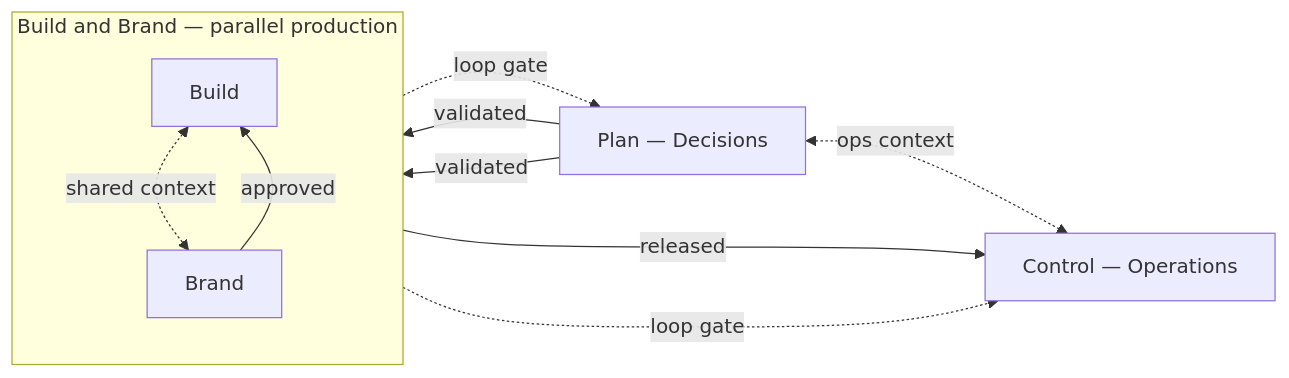
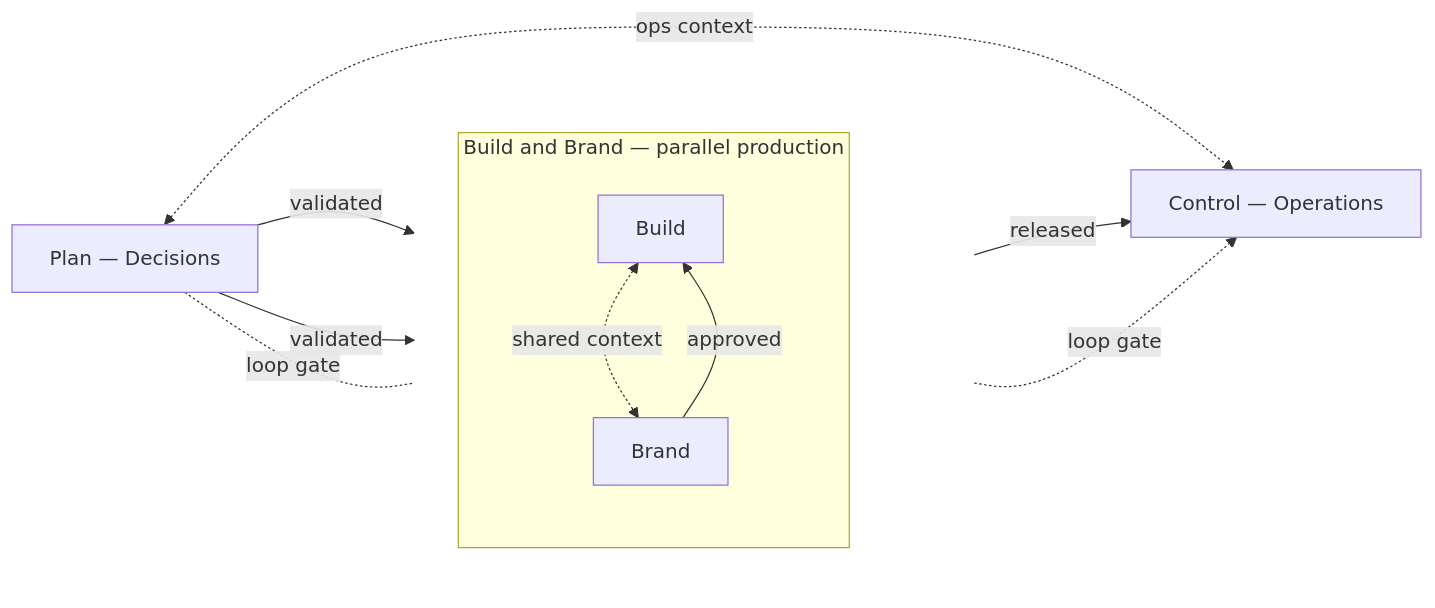
The first of 2 diagrams in docs/architecture.md (luckgrid/wfos), drawn with Mermaid before and after one commit.

Commit message:
Preserve workstream layout with bottom loop gate

````diff
--- a/docs/architecture.md
+++ b/docs/architecture.md
@@ -70,23 +70,34 @@
 ```mermaid
 flowchart LR
   Plan[Plan — Decisions]
-  subgraph Prod [Build and Brand — parallel production]
+
+  %% A transparent middle column keeps the production wrapper centered while
+  %% providing a separate junction for the lower outward loop.
+  subgraph ProductionColumn[" "]
     direction TB
-    Build[Build]
-    Brand[Brand]
-    Build <-.->|shared context| Brand
-    Brand -->|approved| Build
+
+    subgraph Prod [Build and Brand — parallel production]
+      direction TB
+      Build[Build]
+      Brand[Brand]
+      Build <-.->|shared context| Brand
+      Brand -->|approved| Build
+    end
+
+    LoopGate(( ))
   end
+
   Control[Control — Operations]
+
   Plan -->|validated| Build
   Plan -->|validated| Brand
   Build -->|released| Control
 
-  %% Invisible ordering links preserve Plan → production → Control columns.
-  Plan ~~~ Prod
-  Prod ~~~ Control
+  Plan <-.->|ops context| Control
+  Plan <-.-|loop gate| LoopGate
+  LoopGate -.->|loop gate| Control
 
-  Plan <-.->|ops context| Control
-  Prod -.->|loop gate| Plan
-  Prod -.->|loop gate| Control
+  classDef loopAnchor fill:transparent,stroke:transparent,color:transparent,stroke-width:0px;
+  class LoopGate loopAnchor;
+  style ProductionColumn fill:none,stroke:none
 ```
````
